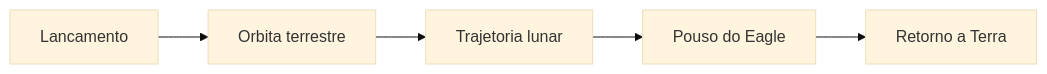
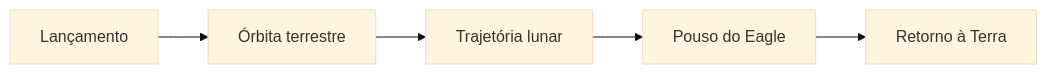
One commit to brunoflma/md-studio changed the diagram in examples/apollo-11.md. Above: the diagram before and after it, drawn with Mermaid (base theme). The commit also changed other lines of this file and 5 other files, not shown here.

````diff
--- a/examples/apollo-11.md
+++ b/examples/apollo-11.md
@@ -35,7 +35,7 @@
 ```mermaid
 flowchart LR
-  A[Lancamento] --> B[Orbita terrestre]
-  B --> C[Trajetoria lunar]
+  A[Lançamento] --> B[Órbita terrestre]
+  B --> C[Trajetória lunar]
   C --> D[Pouso do Eagle]
-  D --> E[Retorno a Terra]
+  D --> E[Retorno à Terra]
 ```
````
